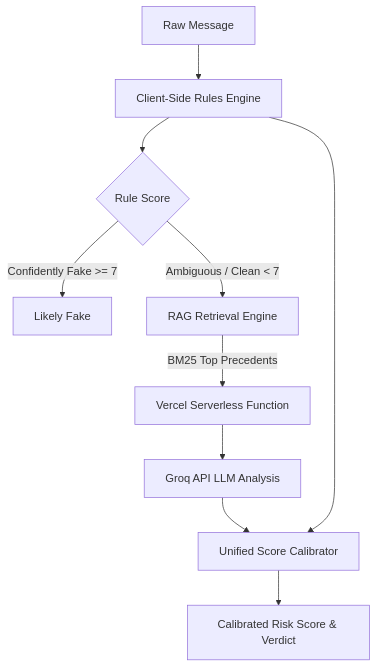
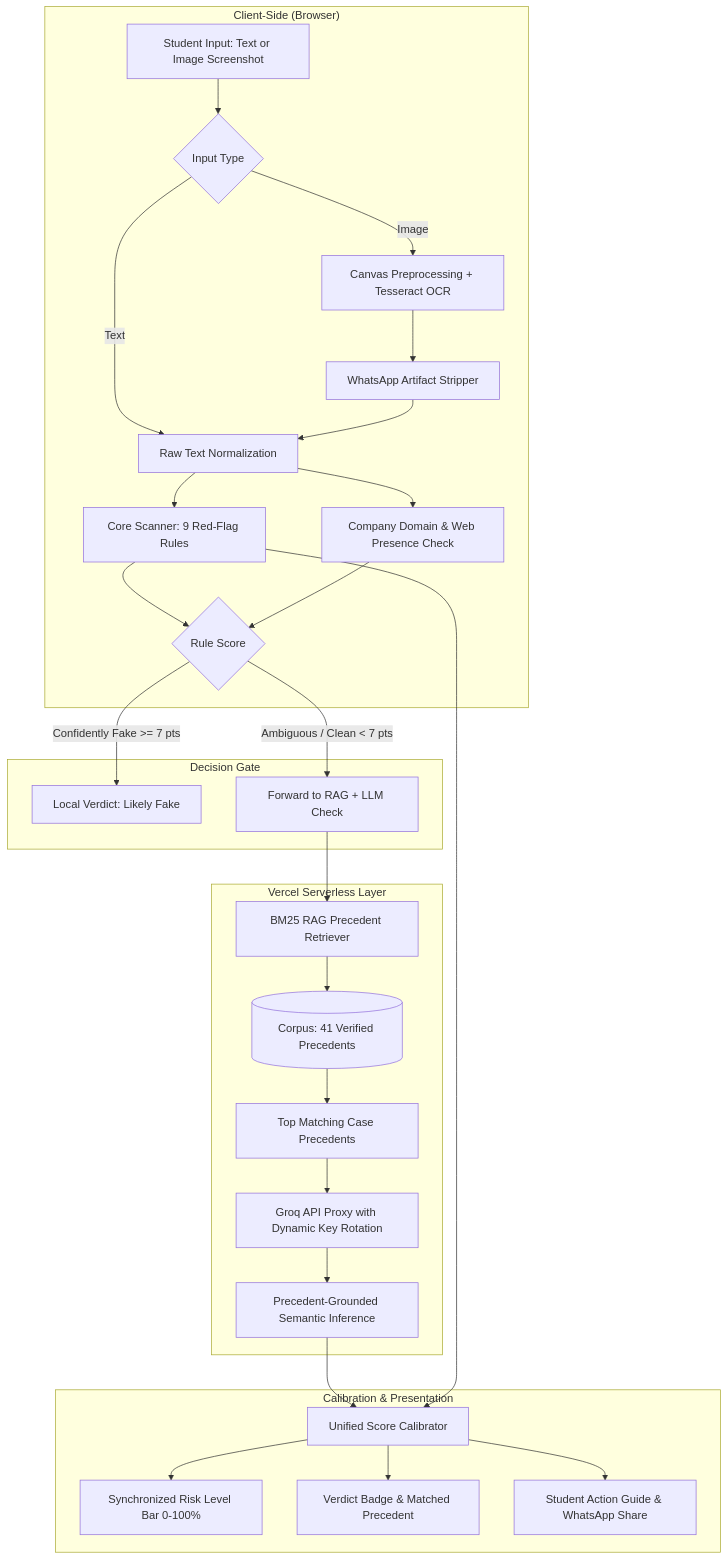
One commit to JosephJonathanFernandes/ScamRadar-for-Interns changed the diagram in docs/ARCHITECTURE.md. Above: the diagram before and after it, drawn with Mermaid. The commit also changed other lines of this file and 3 other files, not shown here.

Commit message:
docs: professionalize and streamline documentation across README, architecture, walkthrough, and security

````diff
--- a/docs/ARCHITECTURE.md
+++ b/docs/ARCHITECTURE.md
@@ -7,12 +24,36 @@
 ```mermaid
 flowchart TD
-    A[Raw Message] --> B[Client-Side Rules Engine]
-    B --> C{Rule Score}
-    C -->|Confidently Fake >= 7| D[Likely Fake]
-    C -->|Ambiguous / Clean < 7| E[RAG Retrieval Engine]
-    E -->|BM25 Top Precedents| F[Vercel Serverless Function]
-    F --> G[Groq API LLM Analysis]
-    G --> H[Unified Score Calibrator]
-    B --> H
-    H --> I[Calibrated Risk Score & Verdict]
+    subgraph Client ["Client-Side (Browser)"]
+        A[Student Input: Text or Image Screenshot] --> B{Input Type}
+        B -->|Image| C[Canvas Preprocessing + Tesseract OCR]
+        C --> D[WhatsApp Artifact Stripper]
+        B -->|Text| E[Raw Text Normalization]
+        D --> E
+        
+        E --> F[Core Scanner: 9 Red-Flag Rules]
+        E --> G[Company Domain & Web Presence Check]
+        F --> H{Rule Score}
+        G --> H
+    end
+
+    subgraph Gate ["Decision Gate"]
+        H -->|Confidently Fake >= 7 pts| I[Local Verdict: Likely Fake]
+        H -->|Ambiguous / Clean < 7 pts| J[Forward to RAG + LLM Check]
+    end
+
+    subgraph Serverless ["Vercel Serverless Layer"]
+        J --> K[BM25 RAG Precedent Retriever]
+        K --> L[(Corpus: 41 Verified Precedents)]
+        L --> M[Top Matching Case Precedents]
+        M --> N[Groq API Proxy with Dynamic Key Rotation]
+        N --> O[Precedent-Grounded Semantic Inference]
+    end
+
+    subgraph Calibration ["Calibration & Presentation"]
+        O --> P[Unified Score Calibrator]
+        F --> P
+        P --> Q[Synchronized Risk Level Bar 0-100%]
+        P --> R[Verdict Badge & Matched Precedent]
+        P --> S[Student Action Guide & WhatsApp Share]
+    end
 ```
````
